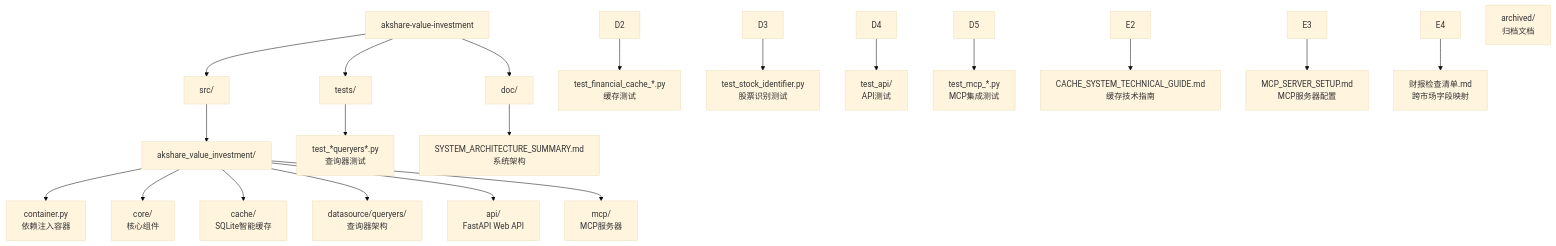
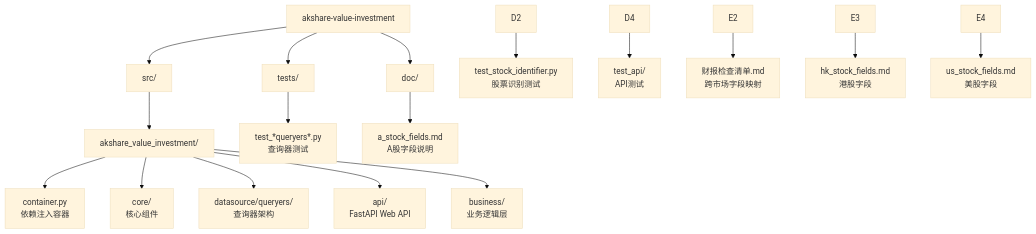
The diagram in CLAUDE.md (yapex/akshare-value-investment), drawn with Mermaid (base theme) before and after one commit. The commit also changed other lines of this file and 26 other files, not shown here.

````diff
--- a/CLAUDE.md
+++ b/CLAUDE.md
@@ -69,26 +45,22 @@
 ```mermaid
 graph TD
     A["akshare-value-investment"] --> B["src/"]
     A --> D["tests/"]
     A --> E["doc/"]
 
     B --> B1["akshare_value_investment/"]
     B1 --> B1a["container.py<br/>依赖注入容器"]
     B1 --> B1b["core/<br/>核心组件"]
-    B1 --> B1c["cache/<br/>SQLite智能缓存"]
-    B1 --> B1d["datasource/queryers/<br/>查询器架构"]
-    B1 --> B1e["api/<br/>FastAPI Web API"]
-    B1 --> B1f["mcp/<br/>MCP服务器"]
+    B1 --> B1c["datasource/queryers/<br/>查询器架构"]
+    B1 --> B1d["api/<br/>FastAPI Web API"]
+    B1 --> B1e["business/<br/>业务逻辑层"]
 
     D --> D1["test_*queryers*.py<br/>查询器测试"]
-    D2 --> D2a["test_financial_cache_*.py<br/>缓存测试"]
-    D3 --> D3a["test_stock_identifier.py<br/>股票识别测试"]
+    D2 --> D2a["test_stock_identifier.py<br/>股票识别测试"]
     D4 --> D4a["test_api/<br/>API测试"]
-    D5 --> D5a["test_mcp_*.py<br/>MCP集成测试"]
 
-    E --> E1["SYSTEM_ARCHITECTURE_SUMMARY.md<br/>系统架构"]
-    E2 --> E2a["CACHE_SYSTEM_TECHNICAL_GUIDE.md<br/>缓存技术指南"]
-    E3 --> E3a["MCP_SERVER_SETUP.md<br/>MCP服务器配置"]
-    E4 --> E4a["财报检查清单.md<br/>跨市场字段映射"]
-    E5["archived/<br/>归档文档"]
+    E --> E1["a_stock_fields.md<br/>A股字段说明"]
+    E2 --> E2a["财报检查清单.md<br/>跨市场字段映射"]
+    E3 --> E3b["hk_stock_fields.md<br/>港股字段"]
+    E4 --> E4a["us_stock_fields.md<br/>美股字段"]
 ```
````
